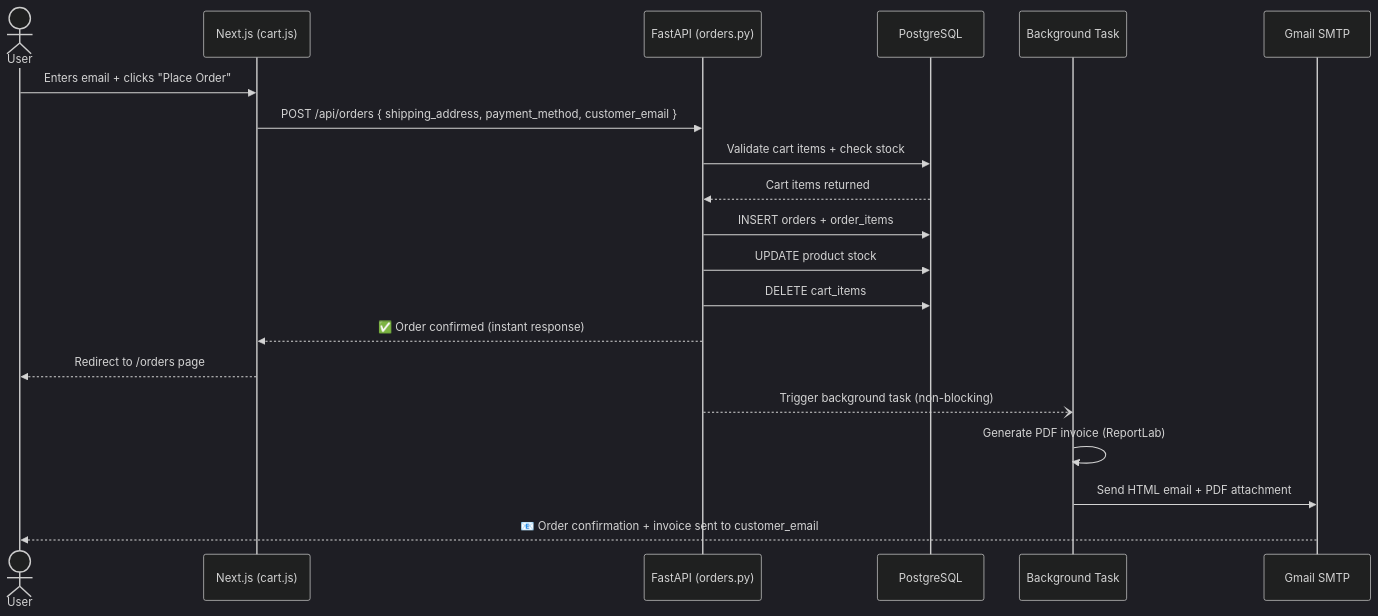
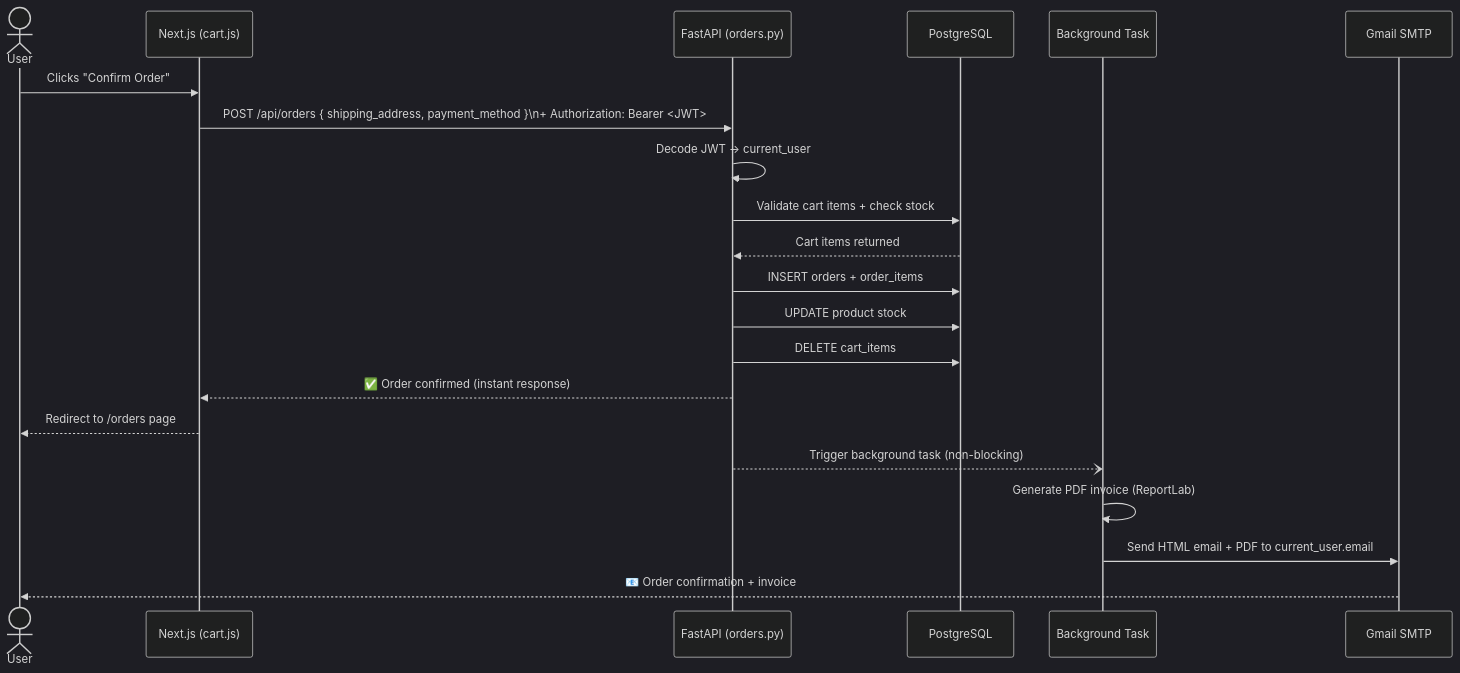
Before and after one commit to Muditkalra21/Ecommerce_website: the third of 4 diagrams in README.md, drawn with Mermaid (dark theme). The commit also changed other lines of this file and 24 other files, not shown here.

````diff
--- a/README.md
+++ b/README.md
@@ -74,23 +103,24 @@
 ```mermaid
 sequenceDiagram
     actor User
     participant Frontend as Next.js (cart.js)
     participant API as FastAPI (orders.py)
     participant DB as PostgreSQL
     participant BG as Background Task
     participant Mail as Gmail SMTP
 
-    User->>Frontend: Enters email + clicks "Place Order"
-    Frontend->>API: POST /api/orders { shipping_address, payment_method, customer_email }
+    User->>Frontend: Clicks "Confirm Order"
+    Frontend->>API: POST /api/orders { shipping_address, payment_method }\n+ Authorization: Bearer <JWT>
+    API->>API: Decode JWT → current_user
     API->>DB: Validate cart items + check stock
     DB-->>API: Cart items returned
     API->>DB: INSERT orders + order_items
     API->>DB: UPDATE product stock
     API->>DB: DELETE cart_items
     API-->>Frontend: ✅ Order confirmed (instant response)
     Frontend-->>User: Redirect to /orders page
     API--)BG: Trigger background task (non-blocking)
     BG->>BG: Generate PDF invoice (ReportLab)
-    BG->>Mail: Send HTML email + PDF attachment
-    Mail-->>User: 📧 Order confirmation + invoice sent to customer_email
+    BG->>Mail: Send HTML email + PDF to current_user.email
+    Mail-->>User: 📧 Order confirmation + invoice
 ```
````
